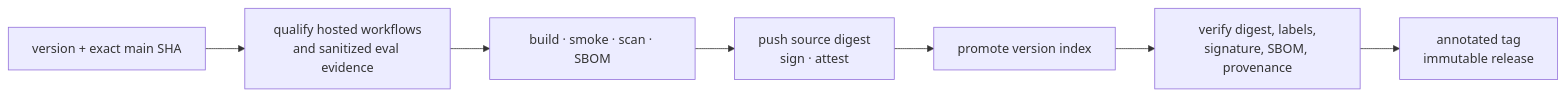
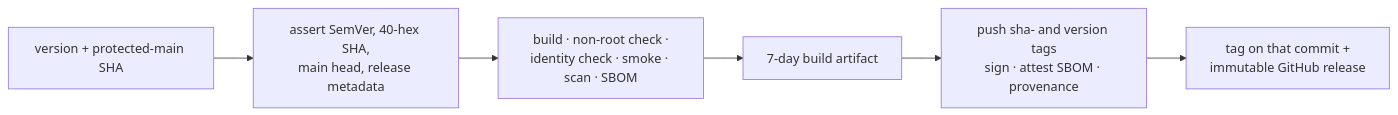
Before and after one commit to LuiGGi629/agentops-open-course: the diagram in content/8. Community/8.2. Releases.md, drawn with Mermaid. The commit also changed other lines of this file and 58 other files, not shown here.

````diff
--- a/content/8. Community/8.2. Releases.md
+++ b/content/8. Community/8.2. Releases.md
@@ -97,9 +71,8 @@
 ```mermaid
 flowchart LR
-    Candidate["version + exact main SHA"] --> Qualify["qualify hosted workflows<br/>and sanitized eval evidence"]
-    Qualify --> Preflight["build · smoke · scan · SBOM"]
-    Preflight --> Publish["push source digest<br/>sign · attest"]
-    Publish --> Promote["promote version index"]
-    Promote --> Verify["verify digest, labels,<br/>signature, SBOM, provenance"]
-    Verify --> Release["annotated tag<br/>immutable release"]
+    Dispatch["version + protected-main SHA"] --> Assert["assert SemVer, 40-hex SHA,<br/>main head, release metadata"]
+    Assert --> Preflight["build · non-root check ·<br/>identity check · smoke · scan · SBOM"]
+    Preflight --> Handoff["7-day build artifact"]
+    Handoff --> Publish["push sha- and version tags<br/>sign · attest SBOM · provenance"]
+    Publish --> Release["tag on that commit +<br/>immutable GitHub release"]
 ```
````
